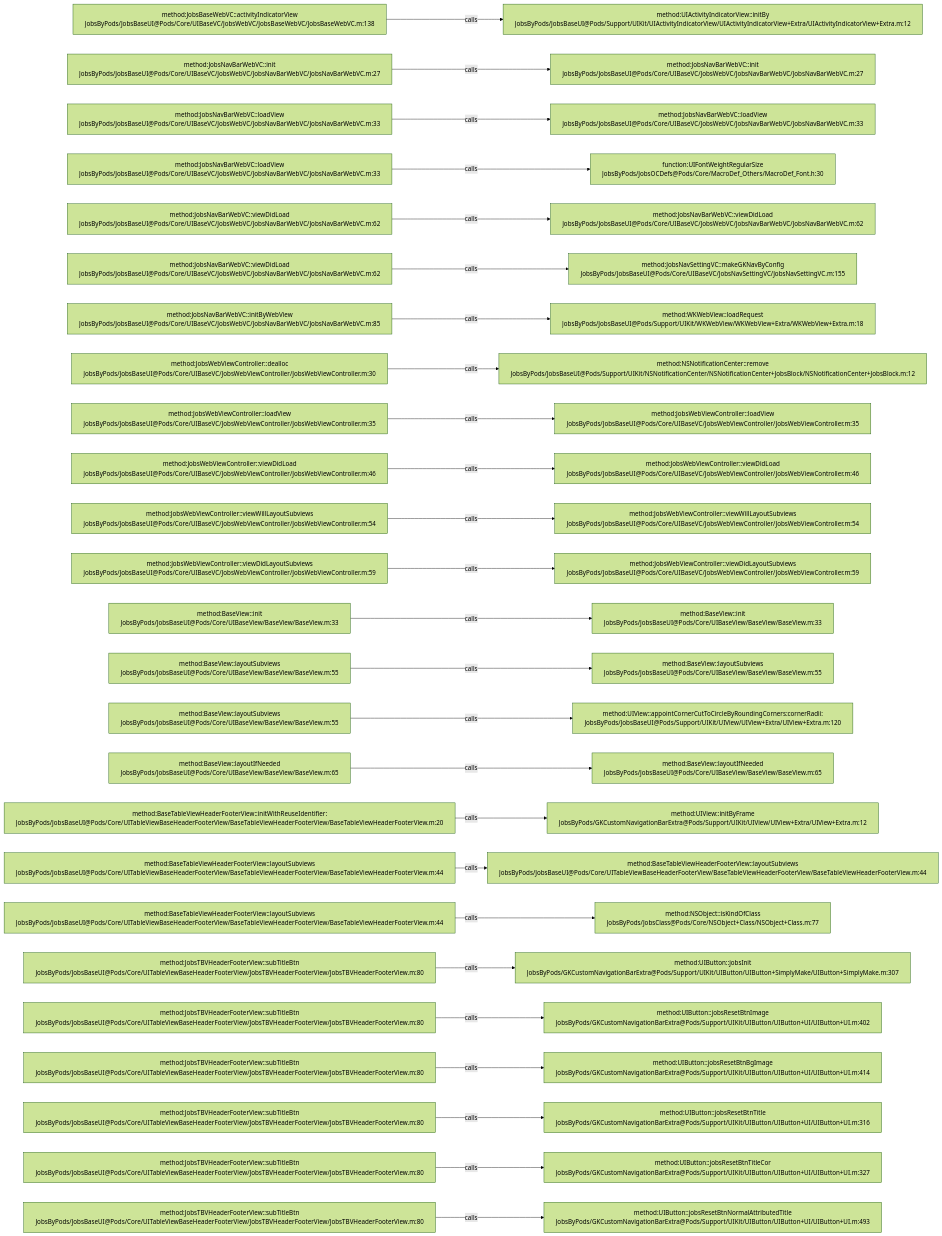
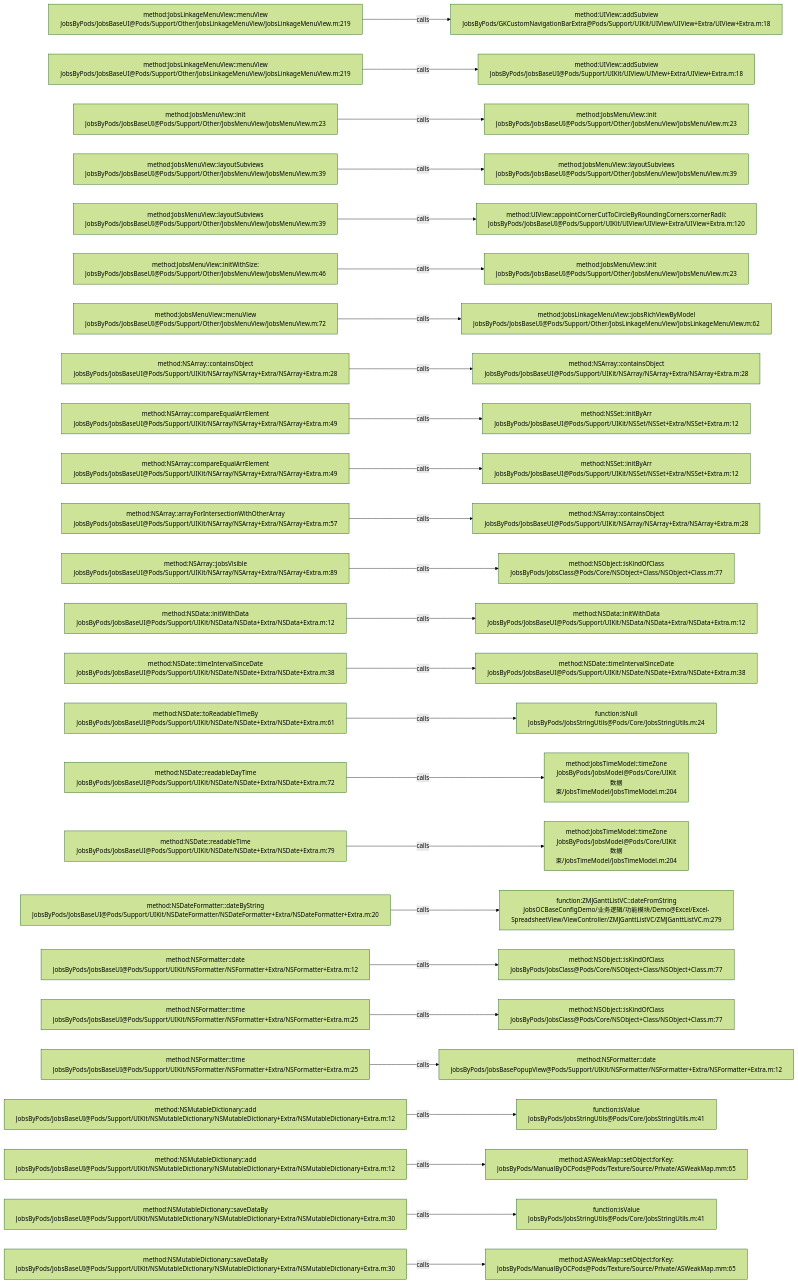
The diagram in .codegraph/codegraph.md/graphs/calls-035.md (JobsKits/JobsOCBaseConfigDemo), drawn with Mermaid (forest theme) before and after one commit. The commit also changed 639 other files, not shown here.

````diff
--- a/.codegraph/codegraph.md/graphs/calls-035.md
+++ b/.codegraph/codegraph.md/graphs/calls-035.md
@@ -13,78 +13,78 @@
 ```mermaid
 flowchart LR
-  S1["method:JobsBaseWebVC::activityIndicatorView<br/>JobsByPods/JobsBaseUI@Pods/Core/UIBaseVC/JobsWebVC/JobsBaseWebVC/JobsBaseWebVC.m:138"]
-  T1["method:UIActivityIndicatorView::initBy<br/>JobsByPods/JobsBaseUI@Pods/Support/UIKit/UIActivityIndicatorView/UIActivityIndicatorView+Extra/UIActivityIndicatorView+Extra.m:12"]
+  S1["method:JobsLinkageMenuView::menuView<br/>JobsByPods/JobsBaseUI@Pods/Support/Other/JobsLinkageMenuView/JobsLinkageMenuView.m:219"]
+  T1["method:UIView::addSubview<br/>JobsByPods/GKCustomNavigationBarExtra@Pods/Support/UIKit/UIView/UIView+Extra/UIView+Extra.m:18"]
   S1 -->|calls| T1
-  S2["method:JobsNavBarWebVC::init<br/>JobsByPods/JobsBaseUI@Pods/Core/UIBaseVC/JobsWebVC/JobsNavBarWebVC/JobsNavBarWebVC.m:27"]
-  T2["method:JobsNavBarWebVC::init<br/>JobsByPods/JobsBaseUI@Pods/Core/UIBaseVC/JobsWebVC/JobsNavBarWebVC/JobsNavBarWebVC.m:27"]
+  S2["method:JobsLinkageMenuView::menuView<br/>JobsByPods/JobsBaseUI@Pods/Support/Other/JobsLinkageMenuView/JobsLinkageMenuView.m:219"]
+  T2["method:UIView::addSubview<br/>JobsByPods/JobsBaseUI@Pods/Support/UIKit/UIView/UIView+Extra/UIView+Extra.m:18"]
   S2 -->|calls| T2
-  S3["method:JobsNavBarWebVC::loadView<br/>JobsByPods/JobsBaseUI@Pods/Core/UIBaseVC/JobsWebVC/JobsNavBarWebVC/JobsNavBarWebVC.m:33"]
-  T3["method:JobsNavBarWebVC::loadView<br/>JobsByPods/JobsBaseUI@Pods/Core/UIBaseVC/JobsWebVC/JobsNavBarWebVC/JobsNavBarWebVC.m:33"]
+  S3["method:JobsMenuView::init<br/>JobsByPods/JobsBaseUI@Pods/Support/Other/JobsMenuView/JobsMenuView.m:23"]
+  T3["method:JobsMenuView::init<br/>JobsByPods/JobsBaseUI@Pods/Support/Other/JobsMenuView/JobsMenuView.m:23"]
   S3 -->|calls| T3
-  S4["method:JobsNavBarWebVC::loadView<br/>JobsByPods/JobsBaseUI@Pods/Core/UIBaseVC/JobsWebVC/JobsNavBarWebVC/JobsNavBarWebVC.m:33"]
-  T4["function:UIFontWeightRegularSize<br/>JobsByPods/JobsOCDefs@Pods/Core/MacroDef_Others/MacroDef_Font.h:30"]
+  S4["method:JobsMenuView::layoutSubviews<br/>JobsByPods/JobsBaseUI@Pods/Support/Other/JobsMenuView/JobsMenuView.m:39"]
+  T4["method:JobsMenuView::layoutSubviews<br/>JobsByPods/JobsBaseUI@Pods/Support/Other/JobsMenuView/JobsMenuView.m:39"]
   S4 -->|calls| T4
-  S5["method:JobsNavBarWebVC::viewDidLoad<br/>JobsByPods/JobsBaseUI@Pods/Core/UIBaseVC/JobsWebVC/JobsNavBarWebVC/JobsNavBarWebVC.m:62"]
-  T5["method:JobsNavBarWebVC::viewDidLoad<br/>JobsByPods/JobsBaseUI@Pods/Core/UIBaseVC/JobsWebVC/JobsNavBarWebVC/JobsNavBarWebVC.m:62"]
+  S5["method:JobsMenuView::layoutSubviews<br/>JobsByPods/JobsBaseUI@Pods/Support/Other/JobsMenuView/JobsMenuView.m:39"]
+  T5["method:UIView::appointCornerCutToCircleByRoundingCorners:cornerRadii:<br/>JobsByPods/JobsBaseUI@Pods/Support/UIKit/UIView/UIView+Extra/UIView+Extra.m:120"]
   S5 -->|calls| T5
-  S6["method:JobsNavBarWebVC::viewDidLoad<br/>JobsByPods/JobsBaseUI@Pods/Core/UIBaseVC/JobsWebVC/JobsNavBarWebVC/JobsNavBarWebVC.m:62"]
-  T6["method:JobsNavSettingVC::makeGKNavByConfig<br/>JobsByPods/JobsBaseUI@Pods/Core/UIBaseVC/JobsNavSettingVC/JobsNavSettingVC.m:155"]
+  S6["method:JobsMenuView::initWithSize:<br/>JobsByPods/JobsBaseUI@Pods/Support/Other/JobsMenuView/JobsMenuView.m:46"]
+  T6["method:JobsMenuView::init<br/>JobsByPods/JobsBaseUI@Pods/Support/Other/JobsMenuView/JobsMenuView.m:23"]
   S6 -->|calls| T6
-  S7["method:JobsNavBarWebVC::initByWebView<br/>JobsByPods/JobsBaseUI@Pods/Core/UIBaseVC/JobsWebVC/JobsNavBarWebVC/JobsNavBarWebVC.m:85"]
-  T7["method:WKWebView::loadRequest<br/>JobsByPods/JobsBaseUI@Pods/Support/UIKit/WKWebView/WKWebView+Extra/WKWebView+Extra.m:18"]
+  S7["method:JobsMenuView::menuView<br/>JobsByPods/JobsBaseUI@Pods/Support/Other/JobsMenuView/JobsMenuView.m:72"]
+  T7["method:JobsLinkageMenuView::jobsRichViewByModel<br/>JobsByPods/JobsBaseUI@Pods/Support/Other/JobsLinkageMenuView/JobsLinkageMenuView.m:62"]
   S7 -->|calls| T7
-  S8["method:JobsWebViewController::dealloc<br/>JobsByPods/JobsBaseUI@Pods/Core/UIBaseVC/JobsWebViewController/JobsWebViewController.m:30"]
-  T8["method:NSNotificationCenter::remove<br/>JobsByPods/JobsBaseUI@Pods/Support/UIKit/NSNotificationCenter/NSNotificationCenter+JobsBlock/NSNotificationCenter+JobsBlock.m:12"]
+  S8["method:NSArray::containsObject<br/>JobsByPods/JobsBaseUI@Pods/Support/UIKit/NSArray/NSArray+Extra/NSArray+Extra.m:28"]
+  T8["method:NSArray::containsObject<br/>JobsByPods/JobsBaseUI@Pods/Support/UIKit/NSArray/NSArray+Extra/NSArray+Extra.m:28"]
   S8 -->|calls| T8
-  S9["method:JobsWebViewController::loadView<br/>JobsByPods/JobsBaseUI@Pods/Core/UIBaseVC/JobsWebViewController/JobsWebViewController.m:35"]
-  T9["method:JobsWebViewController::loadView<br/>JobsByPods/JobsBaseUI@Pods/Core/UIBaseVC/JobsWebViewController/JobsWebViewController.m:35"]
+  S9["method:NSArray::compareEqualArrElement<br/>JobsByPods/JobsBaseUI@Pods/Support/UIKit/NSArray/NSArray+Extra/NSArray+Extra.m:49"]
+  T9["method:NSSet::initByArr<br/>JobsByPods/JobsBaseUI@Pods/Support/UIKit/NSSet/NSSet+Extra/NSSet+Extra.m:12"]
   S9 -->|calls| T9
-  S10["method:JobsWebViewController::viewDidLoad<br/>JobsByPods/JobsBaseUI@Pods/Core/UIBaseVC/JobsWebViewController/JobsWebViewController.m:46"]
-  T10["method:JobsWebViewController::viewDidLoad<br/>JobsByPods/JobsBaseUI@Pods/Core/UIBaseVC/JobsWebViewController/JobsWebViewController.m:46"]
+  S10["method:NSArray::compareEqualArrElement<br/>JobsByPods/JobsBaseUI@Pods/Support/UIKit/NSArray/NSArray+Extra/NSArray+Extra.m:49"]
+  T10["method:NSSet::initByArr<br/>JobsByPods/JobsBaseUI@Pods/Support/UIKit/NSSet/NSSet+Extra/NSSet+Extra.m:12"]
   S10 -->|calls| T10
-  S11["method:JobsWebViewController::viewWillLayoutSubviews<br/>JobsByPods/JobsBaseUI@Pods/Core/UIBaseVC/JobsWebViewController/JobsWebViewController.m:54"]
-  T11["method:JobsWebViewController::viewWillLayoutSubviews<br/>JobsByPods/JobsBaseUI@Pods/Core/UIBaseVC/JobsWebViewController/JobsWebViewController.m:54"]
+  S11["method:NSArray::arrayForIntersectionWithOtherArray<br/>JobsByPods/JobsBaseUI@Pods/Support/UIKit/NSArray/NSArray+Extra/NSArray+Extra.m:57"]
+  T11["method:NSArray::containsObject<br/>JobsByPods/JobsBaseUI@Pods/Support/UIKit/NSArray/NSArray+Extra/NSArray+Extra.m:28"]
   S11 -->|calls| T11
-  S12["method:JobsWebViewController::viewDidLayoutSubviews<br/>JobsByPods/JobsBaseUI@Pods/Core/UIBaseVC/JobsWebViewController/JobsWebViewController.m:59"]
-  T12["method:JobsWebViewController::viewDidLayoutSubviews<br/>JobsByPods/JobsBaseUI@Pods/Core/UIBaseVC/JobsWebViewController/JobsWebViewController.m:59"]
+  S12["method:NSArray::jobsVisible<br/>JobsByPods/JobsBaseUI@Pods/Support/UIKit/NSArray/NSArray+Extra/NSArray+Extra.m:89"]
+  T12["method:NSObject::isKindOfClass<br/>JobsByPods/JobsClass@Pods/Core/NSObject+Class/NSObject+Class.m:77"]
   S12 -->|calls| T12
-  S13["method:BaseView::init<br/>JobsByPods/JobsBaseUI@Pods/Core/UIBaseView/BaseView/BaseView.m:33"]
-  T13["method:BaseView::init<br/>JobsByPods/JobsBaseUI@Pods/Core/UIBaseView/BaseView/BaseView.m:33"]
+  S13["method:NSData::initWithData<br/>JobsByPods/JobsBaseUI@Pods/Support/UIKit/NSData/NSData+Extra/NSData+Extra.m:12"]
+  T13["method:NSData::initWithData<br/>JobsByPods/JobsBaseUI@Pods/Support/UIKit/NSData/NSData+Extra/NSData+Extra.m:12"]
   S13 -->|calls| T13
-  S14["method:BaseView::layoutSubviews<br/>JobsByPods/JobsBaseUI@Pods/Core/UIBaseView/BaseView/BaseView.m:55"]
-  T14["method:BaseView::layoutSubviews<br/>JobsByPods/JobsBaseUI@Pods/Core/UIBaseView/BaseView/BaseView.m:55"]
+  S14["method:NSDate::timeIntervalSinceDate<br/>JobsByPods/JobsBaseUI@Pods/Support/UIKit/NSDate/NSDate+Extra/NSDate+Extra.m:38"]
+  T14["method:NSDate::timeIntervalSinceDate<br/>JobsByPods/JobsBaseUI@Pods/Support/UIKit/NSDate/NSDate+Extra/NSDate+Extra.m:38"]
   S14 -->|calls| T14
-  S15["method:BaseView::layoutSubviews<br/>JobsByPods/JobsBaseUI@Pods/Core/UIBaseView/BaseView/BaseView.m:55"]
-  T15["method:UIView::appointCornerCutToCircleByRoundingCorners:cornerRadii:<br/>JobsByPods/JobsBaseUI@Pods/Support/UIKit/UIView/UIView+Extra/UIView+Extra.m:120"]
+  S15["method:NSDate::toReadableTimeBy<br/>JobsByPods/JobsBaseUI@Pods/Support/UIKit/NSDate/NSDate+Extra/NSDate+Extra.m:61"]
+  T15["function:isNull<br/>JobsByPods/JobsStringUtils@Pods/Core/JobsStringUtils.m:24"]
   S15 -->|calls| T15
-  S16["method:BaseView::layoutIfNeeded<br/>JobsByPods/JobsBaseUI@Pods/Core/UIBaseView/BaseView/BaseView.m:65"]
-  T16["method:BaseView::layoutIfNeeded<br/>JobsByPods/JobsBaseUI@Pods/Core/UIBaseView/BaseView/BaseView.m:65"]
+  S16["method:NSDate::readableDayTime<br/>JobsByPods/JobsBaseUI@Pods/Support/UIKit/NSDate/NSDate+Extra/NSDate+Extra.m:72"]
+  T16["method:JobsTimeModel::timeZone<br/>JobsByPods/JobsModel@Pods/Core/UIKit数据束/JobsTimeModel/JobsTimeModel.m:204"]
   S16 -->|calls| T16
-  S17["method:BaseTableViewHeaderFooterView::initWithReuseIdentifier:<br/>JobsByPods/JobsBaseUI@Pods/Core/UITableViewBaseHeaderFooterView/BaseTableViewHeaderFooterView/BaseTableViewHeaderFooterView.m:20"]
-  T17["method:UIView::initByFrame<br/>JobsByPods/GKCustomNavigationBarExtra@Pods/Support/UIKit/UIView/UIView+Extra/UIView+Extra.m:12"]
+  S17["method:NSDate::readableTime<br/>JobsByPods/JobsBaseUI@Pods/Support/UIKit/NSDate/NSDate+Extra/NSDate+Extra.m:79"]
+  T17["method:JobsTimeModel::timeZone<br/>JobsByPods/JobsModel@Pods/Core/UIKit数据束/JobsTimeModel/JobsTimeModel.m:204"]
   S17 -->|calls| T17
-  S18["method:BaseTableViewHeaderFooterView::layoutSubviews<br/>JobsByPods/JobsBaseUI@Pods/Core/UITableViewBaseHeaderFooterView/BaseTableViewHeaderFooterView/BaseTableViewHeaderFooterView.m:44"]
-  T18["method:BaseTableViewHeaderFooterView::layoutSubviews<br/>JobsByPods/JobsBaseUI@Pods/Core/UITableViewBaseHeaderFooterView/BaseTableViewHeaderFooterView/BaseTableViewHeaderFooterView.m:44"]
+  S18["method:NSDateFormatter::dateByString<br/>JobsByPods/JobsBaseUI@Pods/Support/UIKit/NSDateFormatter/NSDateFormatter+Extra/NSDateFormatter+Extra.m:20"]
+  T18["function:ZMJGanttListVC::dateFromString<br/>JobsOCBaseConfigDemo/业务逻辑/功能模块/Demo@Excel/Excel-SpreadsheetView/ViewController/ZMJGanttListVC/ZMJGanttListVC.m:279"]
   S18 -->|calls| T18
-  S19["method:BaseTableViewHeaderFooterView::layoutSubviews<br/>JobsByPods/JobsBaseUI@Pods/Core/UITableViewBaseHeaderFooterView/BaseTableViewHeaderFooterView/BaseTableViewHeaderFooterView.m:44"]
+  S19["method:NSFormatter::date<br/>JobsByPods/JobsBaseUI@Pods/Support/UIKit/NSFormatter/NSFormatter+Extra/NSFormatter+Extra.m:12"]
   T19["method:NSObject::isKindOfClass<br/>JobsByPods/JobsClass@Pods/Core/NSObject+Class/NSObject+Class.m:77"]
   S19 -->|calls| T19
-  S20["method:JobsTBVHeaderFooterView::subTitleBtn<br/>JobsByPods/JobsBaseUI@Pods/Core/UITableViewBaseHeaderFooterView/JobsTBVHeaderFooterView/JobsTBVHeaderFooterView.m:80"]
-  T20["method:UIButton::jobsInit<br/>JobsByPods/GKCustomNavigationBarExtra@Pods/Support/UIKit/UIButton/UIButton+SimplyMake/UIButton+SimplyMake.m:307"]
+  S20["method:NSFormatter::time<br/>JobsByPods/JobsBaseUI@Pods/Support/UIKit/NSFormatter/NSFormatter+Extra/NSFormatter+Extra.m:25"]
+  T20["method:NSObject::isKindOfClass<br/>JobsByPods/JobsClass@Pods/Core/NSObject+Class/NSObject+Class.m:77"]
   S20 -->|calls| T20
-  S21["method:JobsTBVHeaderFooterView::subTitleBtn<br/>JobsByPods/JobsBaseUI@Pods/Core/UITableViewBaseHeaderFooterView/JobsTBVHeaderFooterView/JobsTBVHeaderFooterView.m:80"]
-  T21["method:UIButton::jobsResetBtnImage<br/>JobsByPods/GKCustomNavigationBarExtra@Pods/Support/UIKit/UIButton/UIButton+UI/UIButton+UI.m:402"]
+  S21["method:NSFormatter::time<br/>JobsByPods/JobsBaseUI@Pods/Support/UIKit/NSFormatter/NSFormatter+Extra/NSFormatter+Extra.m:25"]
+  T21["method:NSFormatter::date<br/>JobsByPods/JobsBasePopupView@Pods/Support/UIKit/NSFormatter/NSFormatter+Extra/NSFormatter+Extra.m:12"]
   S21 -->|calls| T21
-  S22["method:JobsTBVHeaderFooterView::subTitleBtn<br/>JobsByPods/JobsBaseUI@Pods/Core/UITableViewBaseHeaderFooterView/JobsTBVHeaderFooterView/JobsTBVHeaderFooterView.m:80"]
-  T22["method:UIButton::jobsResetBtnBgImage<br/>JobsByPods/GKCustomNavigationBarExtra@Pods/Support/UIKit/UIButton/UIButton+UI/UIButton+UI.m:414"]
+  S22["method:NSMutableDictionary::add<br/>JobsByPods/JobsBaseUI@Pods/Support/UIKit/NSMutableDictionary/NSMutableDictionary+Extra/NSMutableDictionary+Extra.m:12"]
+  T22["function:isValue<br/>JobsByPods/JobsStringUtils@Pods/Core/JobsStringUtils.m:41"]
   S22 -->|calls| T22
-  S23["method:JobsTBVHeaderFooterView::subTitleBtn<br/>JobsByPods/JobsBaseUI@Pods/Core/UITableViewBaseHeaderFooterView/JobsTBVHeaderFooterView/JobsTBVHeaderFooterView.m:80"]
-  T23["method:UIButton::jobsResetBtnTitle<br/>JobsByPods/GKCustomNavigationBarExtra@Pods/Support/UIKit/UIButton/UIButton+UI/UIButton+UI.m:316"]
+  S23["method:NSMutableDictionary::add<br/>JobsByPods/JobsBaseUI@Pods/Support/UIKit/NSMutableDictionary/NSMutableDictionary+Extra/NSMutableDictionary+Extra.m:12"]
+  T23["method:ASWeakMap::setObject:forKey:<br/>JobsByPods/ManualByOCPods@Pods/Texture/Source/Private/ASWeakMap.mm:65"]
   S23 -->|calls| T23
-  S24["method:JobsTBVHeaderFooterView::subTitleBtn<br/>JobsByPods/JobsBaseUI@Pods/Core/UITableViewBaseHeaderFooterView/JobsTBVHeaderFooterView/JobsTBVHeaderFooterView.m:80"]
-  T24["method:UIButton::jobsResetBtnTitleCor<br/>JobsByPods/GKCustomNavigationBarExtra@Pods/Support/UIKit/UIButton/UIButton+UI/UIButton+UI.m:327"]
+  S24["method:NSMutableDictionary::saveDataBy<br/>JobsByPods/JobsBaseUI@Pods/Support/UIKit/NSMutableDictionary/NSMutableDictionary+Extra/NSMutableDictionary+Extra.m:30"]
+  T24["function:isValue<br/>JobsByPods/JobsStringUtils@Pods/Core/JobsStringUtils.m:41"]
   S24 -->|calls| T24
-  S25["method:JobsTBVHeaderFooterView::subTitleBtn<br/>JobsByPods/JobsBaseUI@Pods/Core/UITableViewBaseHeaderFooterView/JobsTBVHeaderFooterView/JobsTBVHeaderFooterView.m:80"]
-  T25["method:UIButton::jobsResetBtnNormalAttributedTitle<br/>JobsByPods/GKCustomNavigationBarExtra@Pods/Support/UIKit/UIButton/UIButton+UI/UIButton+UI.m:493"]
+  S25["method:NSMutableDictionary::saveDataBy<br/>JobsByPods/JobsBaseUI@Pods/Support/UIKit/NSMutableDictionary/NSMutableDictionary+Extra/NSMutableDictionary+Extra.m:30"]
+  T25["method:ASWeakMap::setObject:forKey:<br/>JobsByPods/ManualByOCPods@Pods/Texture/Source/Private/ASWeakMap.mm:65"]
   S25 -->|calls| T25
 ```
````
